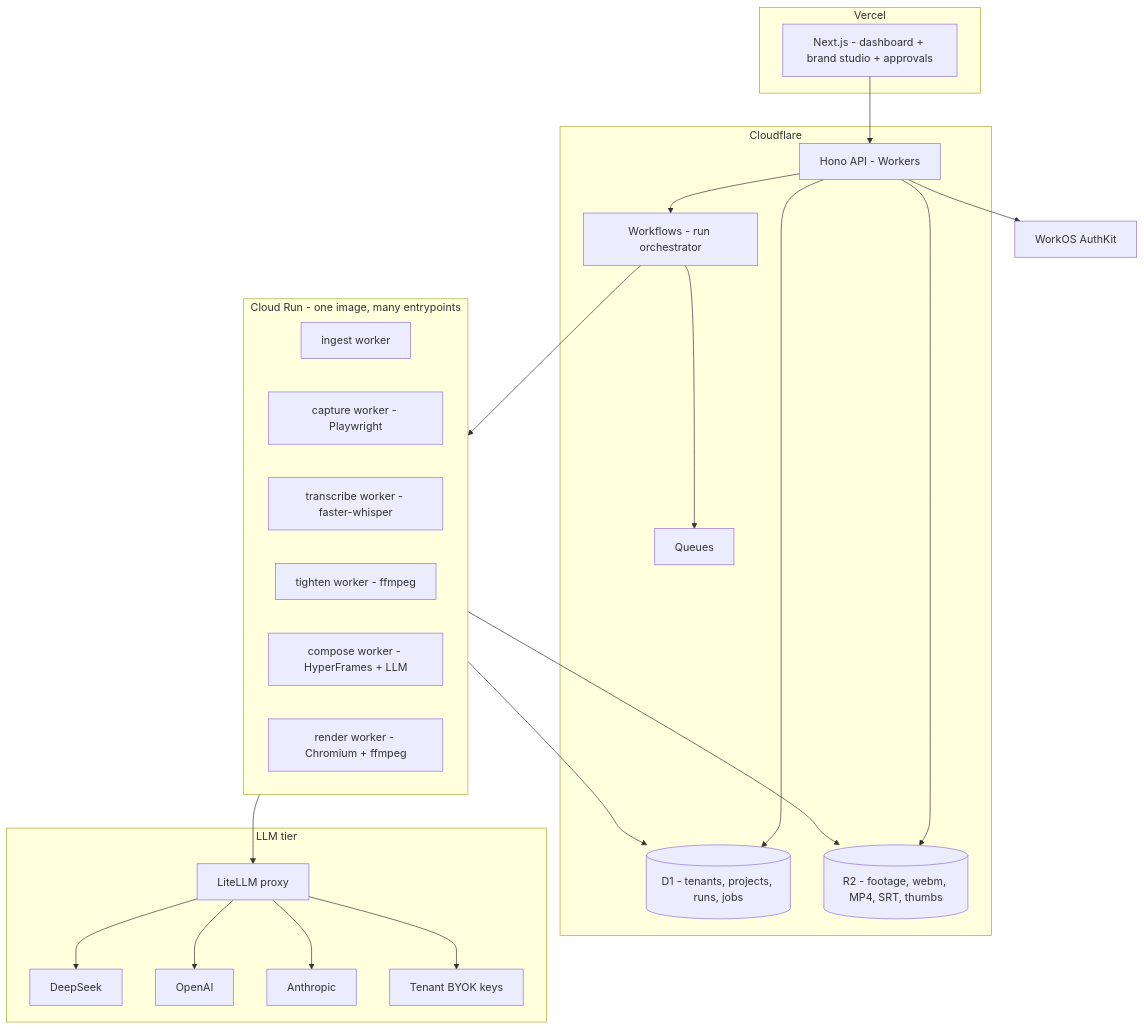
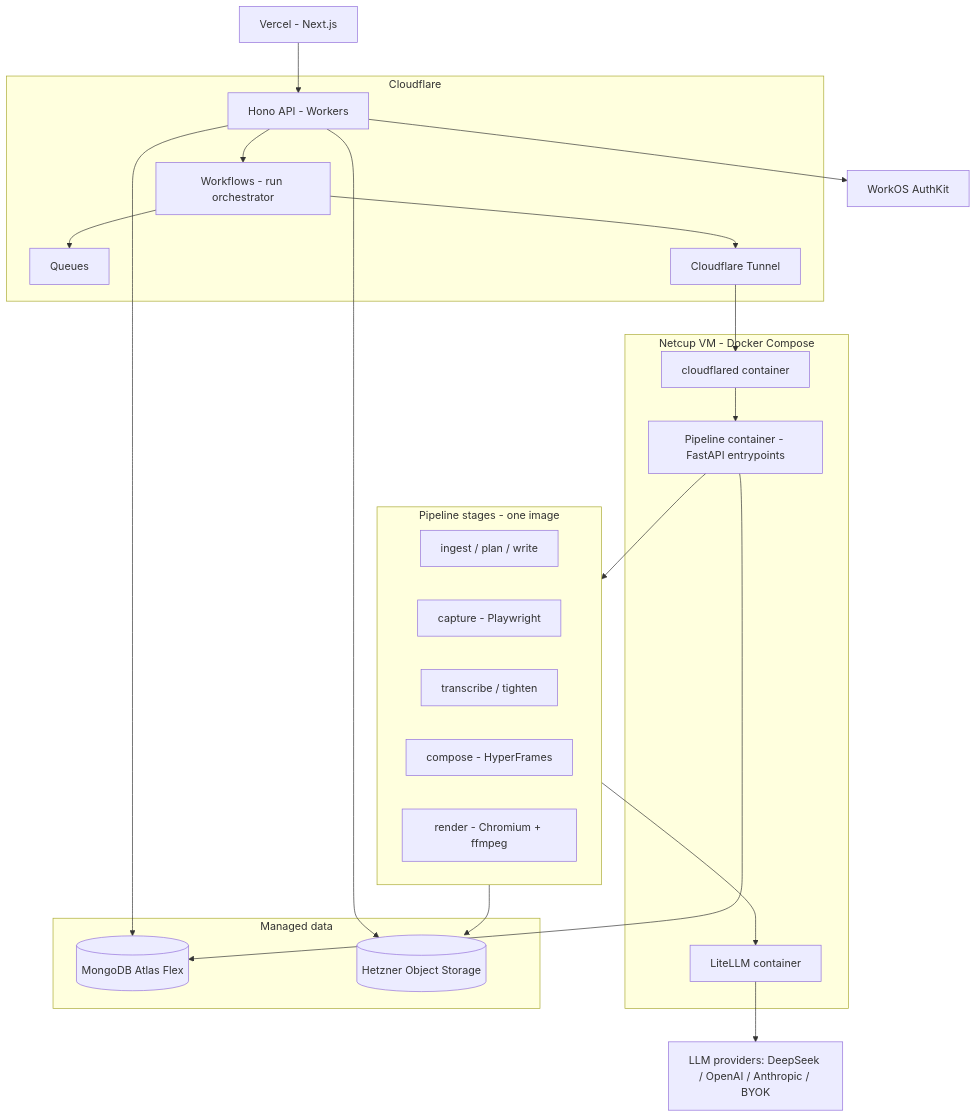
The second of 5 diagrams in docs/hld.md (noah-sheldon/contentforge), drawn with Mermaid before and after one commit. The commit also changed other lines of this file and 2 other files, not shown here.

First line of the commit message:
docs: final stack — Atlas Mongo + Hetzner OBJ + Netcup VM compute

````diff
--- a/docs/hld.md
+++ b/docs/hld.md
@@ -49,41 +44,41 @@
 ```mermaid
 flowchart TD
     subgraph CF[Cloudflare]
         API[Hono API - Workers]
-        D1[(D1 - tenants, projects, runs, jobs)]
-        R2[(R2 - footage, webm, MP4, SRT, thumbs)]
         Q[Queues]
         WF[Workflows - run orchestrator]
+        TUN[Cloudflare Tunnel]
     end
-    subgraph V[Vercel]
-        NEXT[Next.js - dashboard + brand studio + approvals]
+    subgraph VM[Netcup VM - Docker Compose]
+        PIP[Pipeline container - FastAPI entrypoints]
+        LP[LiteLLM container]
+        T[cloudflared container]
     end
-    subgraph CR[Cloud Run - one image, many entrypoints]
-        ING[ingest worker]
-        CAP[capture worker - Playwright]
-        TR[transcribe worker - faster-whisper]
-        TGT[tighten worker - ffmpeg]
-        COM[compose worker - HyperFrames + LLM]
-        REN[render worker - Chromium + ffmpeg]
+    subgraph PIP2[Pipeline stages - one image]
+        ING[ingest / plan / write]
+        CAP[capture - Playwright]
+        TR[transcribe / tighten]
+        COM[compose - HyperFrames]
+        REN[render - Chromium + ffmpeg]
     end
-    subgraph LLM_[LLM tier]
-        LP[LiteLLM proxy]
-        DS[DeepSeek]
-        OA[OpenAI]
-        AN[Anthropic]
-        BYOK[Tenant BYOK keys]
+    subgraph DATA[Managed data]
+        DB[(MongoDB Atlas Flex)]
+        OBJ[(Hetzner Object Storage)]
     end
     AUTH[WorkOS AuthKit]
-    NEXT --> API
+    WEB[Vercel - Next.js]
+    WEB --> API
     API --> AUTH
-    API --> D1
+    API --> DB
     API --> WF
     WF --> Q
-    WF --> CR
-    CR --> LP
-    LP --> DS & OA & AN
-    LP --> BYOK
-    CR --> R2
-    CR --> D1
-    API --> R2
+    WF --> TUN
+    TUN --> T
+    T --> PIP
+    PIP --> PIP2
+    PIP2 --> LP
+    LP --> P[LLM providers: DeepSeek / OpenAI / Anthropic / BYOK]
+    PIP2 --> OBJ
+    PIP --> DB
+    API --> OBJ
 ```
````
